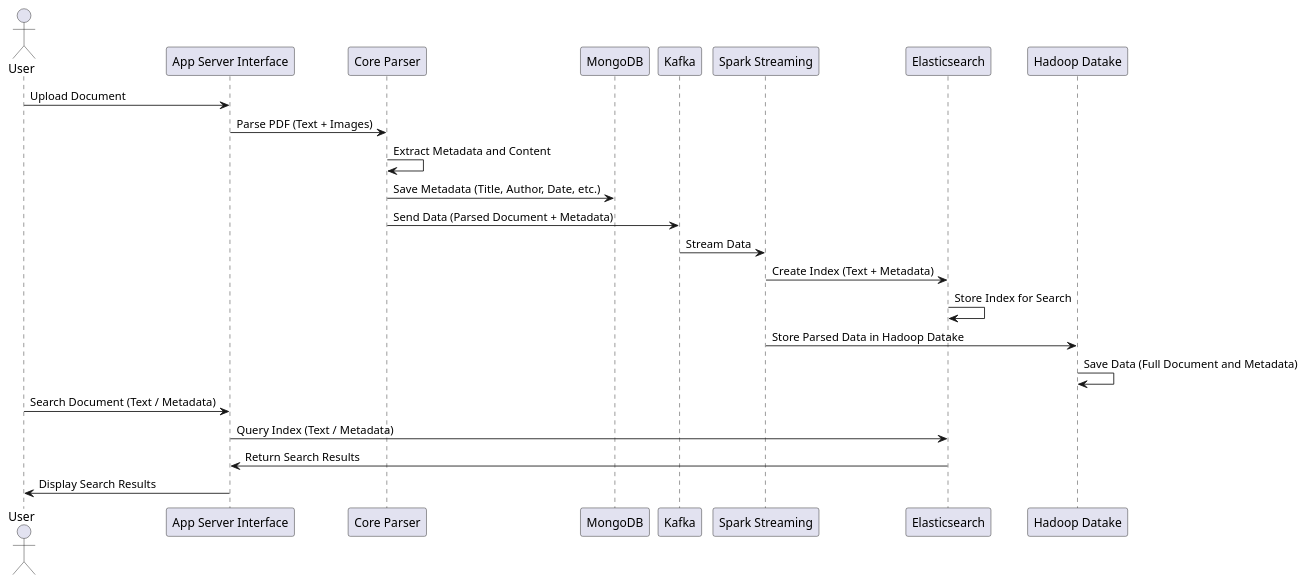
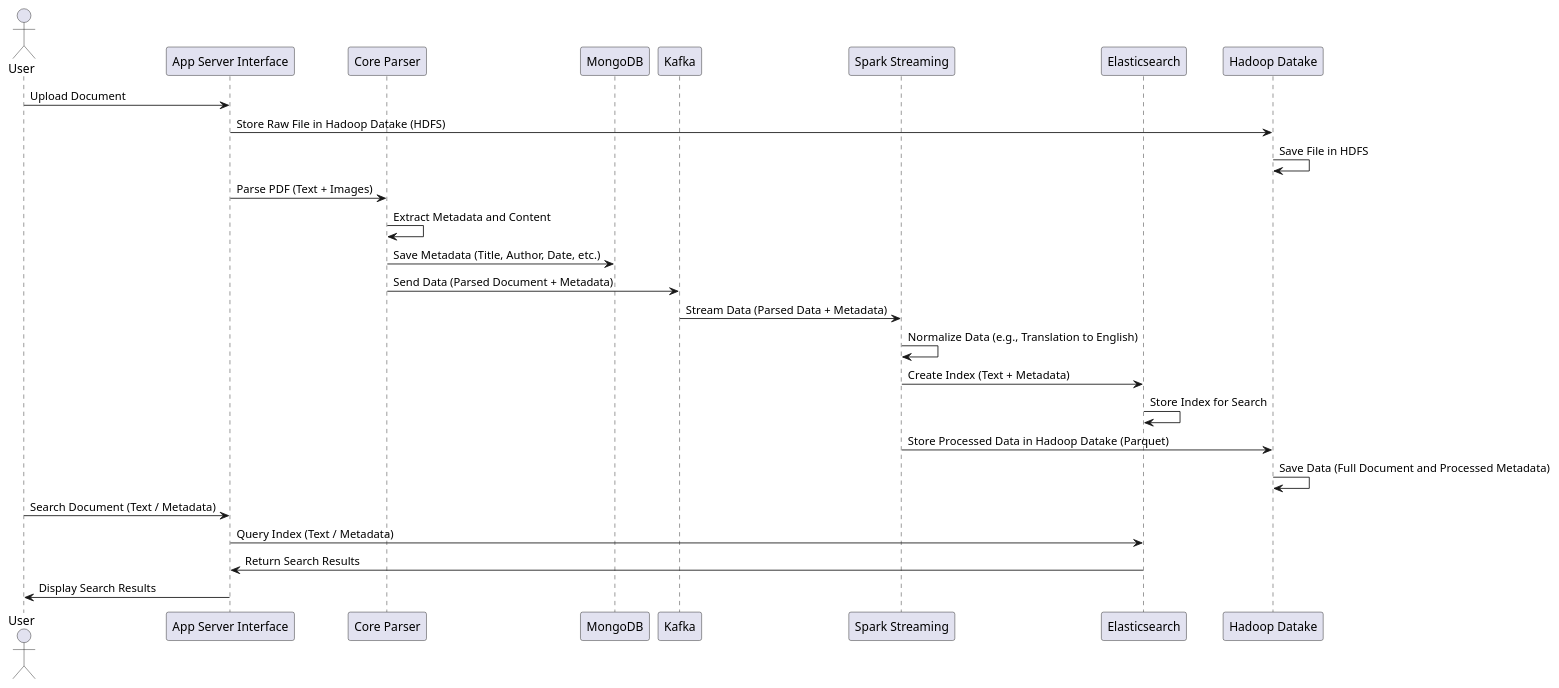
One commit to tammysensitive2312/SEM_Software_back-end changed the diagram in src/main/java/org/example/sem_backend/modules/document_module/document/Data_flow.puml. Above: the diagram before and after it, drawn with PlantUML. The commit also changed 13 other files, not shown here.

```diff
--- a/src/main/java/org/example/sem_backend/modules/document_module/document/Data_flow.puml
+++ b/src/main/java/org/example/sem_backend/modules/document_module/document/Data_flow.puml
@@ -1,27 +1,31 @@
 @startuml
 actor User
 participant "App Server Interface" as AppServer
 participant "Core Parser" as CoreParser
 participant "MongoDB" as MongoDB
 participant "Kafka" as Kafka
 participant "Spark Streaming" as SparkStreaming
 participant "Elasticsearch" as Elasticsearch
 participant "Hadoop Datake" as Datake
 
 User -> AppServer: Upload Document
+AppServer -> Datake: Store Raw File in Hadoop Datake (HDFS)
+Datake -> Datake: Save File in HDFS
+
 AppServer -> CoreParser: Parse PDF (Text + Images)
 CoreParser -> CoreParser: Extract Metadata and Content
 CoreParser -> MongoDB: Save Metadata (Title, Author, Date, etc.)
 CoreParser -> Kafka: Send Data (Parsed Document + Metadata)
-Kafka -> SparkStreaming: Stream Data
+Kafka -> SparkStreaming: Stream Data (Parsed Data + Metadata)
+SparkStreaming -> SparkStreaming: Normalize Data (e.g., Translation to English)
 SparkStreaming -> Elasticsearch: Create Index (Text + Metadata)
 Elasticsearch -> Elasticsearch: Store Index for Search
-SparkStreaming -> Datake: Store Parsed Data in Hadoop Datake
-Datake -> Datake: Save Data (Full Document and Metadata)
+SparkStreaming -> Datake: Store Processed Data in Hadoop Datake (Parquet)
+Datake -> Datake: Save Data (Full Document and Processed Metadata)
 
 User -> AppServer: Search Document (Text / Metadata)
 AppServer -> Elasticsearch: Query Index (Text / Metadata)
 Elasticsearch -> AppServer: Return Search Results
 AppServer -> User: Display Search Results
 
 @enduml
```
